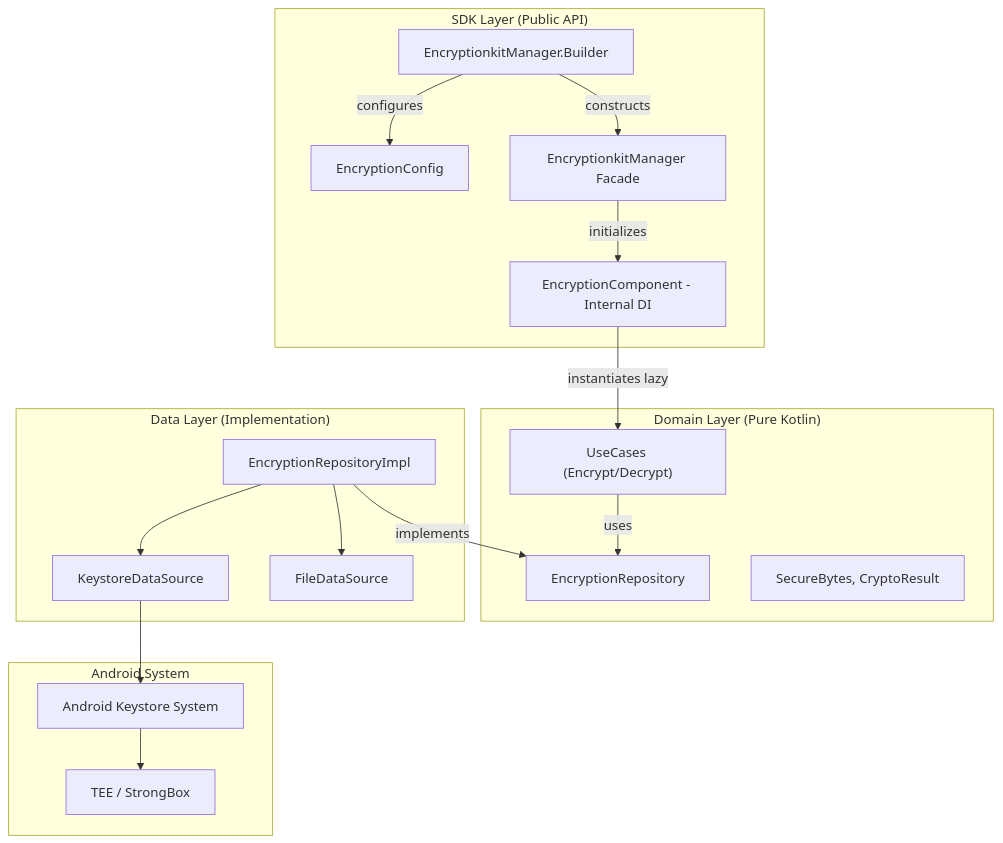
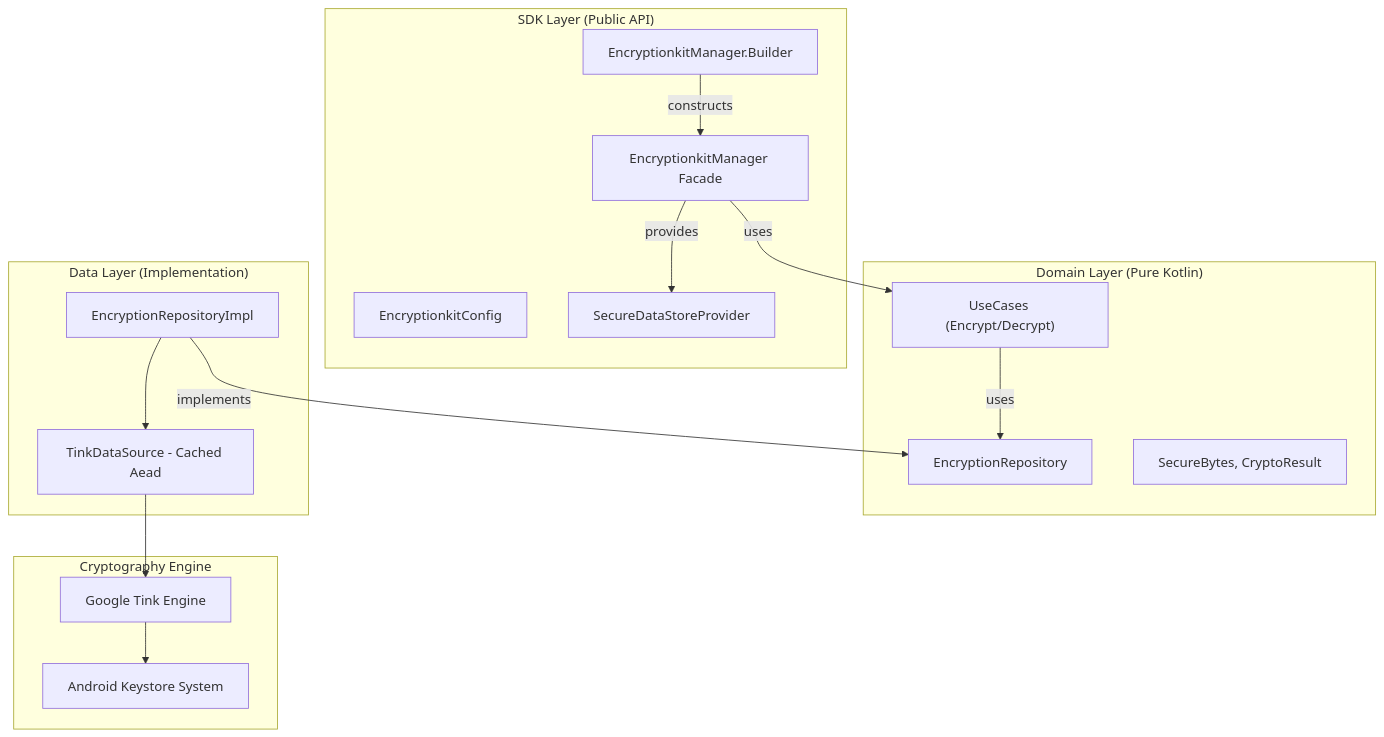
One commit to joshluq/encryptionkit-android changed the diagram in README.md. Above: the diagram before and after it, drawn with Mermaid. The commit also changed other lines of this file and 30 other files, not shown here.

Commit message:
Refactor encryption layer to use Google Tink and implement `SecureDataStoreProvider` for encrypted persistence.

````diff
--- a/README.md
+++ b/README.md
@@ -20,37 +22,34 @@
 ```mermaid
 graph TD
     subgraph "SDK Layer (Public API)"
-        Config[EncryptionConfig]
+        Config[EncryptionkitConfig]
         Builder[EncryptionkitManager.Builder]
         Facade[EncryptionkitManager Facade]
-        Component[EncryptionComponent - Internal DI]
+        SecStore[SecureDataStoreProvider]
     end
 
     subgraph "Domain Layer (Pure Kotlin)"
         UC["UseCases (Encrypt/Decrypt)"]
         RepoInterface[EncryptionRepository]
         Models["SecureBytes, CryptoResult"]
     end
 
     subgraph "Data Layer (Implementation)"
         RepoImpl[EncryptionRepositoryImpl]
-        KS_DS[KeystoreDataSource]
-        File_DS[FileDataSource]
+        TinkDS[TinkDataSource - Cached Aead]
     end
 
-    subgraph "Android System"
+    subgraph "Cryptography Engine"
+        Tink[Google Tink Engine]
         KS[Android Keystore System]
-        TEE["TEE / StrongBox"]
     end
 
-    Builder -- configures --> Config
     Builder -- constructs --> Facade
-    Facade -- initializes --> Component
-    Component -- instantiates lazy --> UC
+    Facade -- provides --> SecStore
+    Facade -- uses --> UC
     UC -- uses --> RepoInterface
     RepoImpl -- implements --> RepoInterface
-    RepoImpl --> KS_DS
-    RepoImpl --> File_DS
-    KS_DS --> KS
-    KS --> TEE
+    RepoImpl --> TinkDS
+    TinkDS --> Tink
+    Tink --> KS
 ```
````
